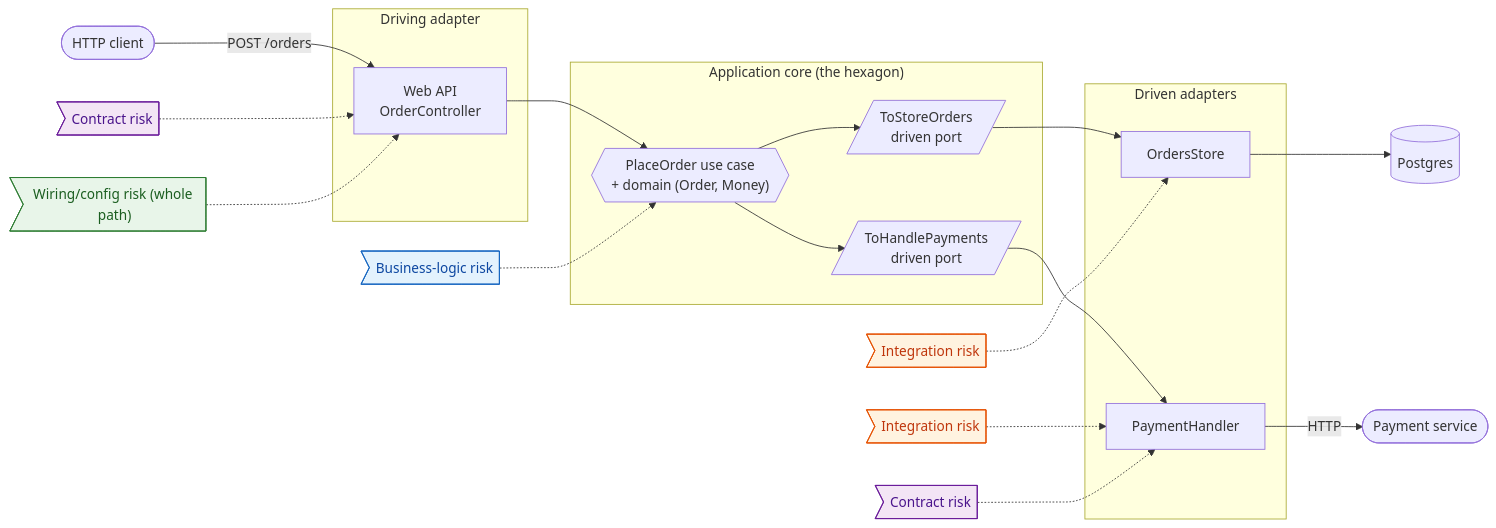
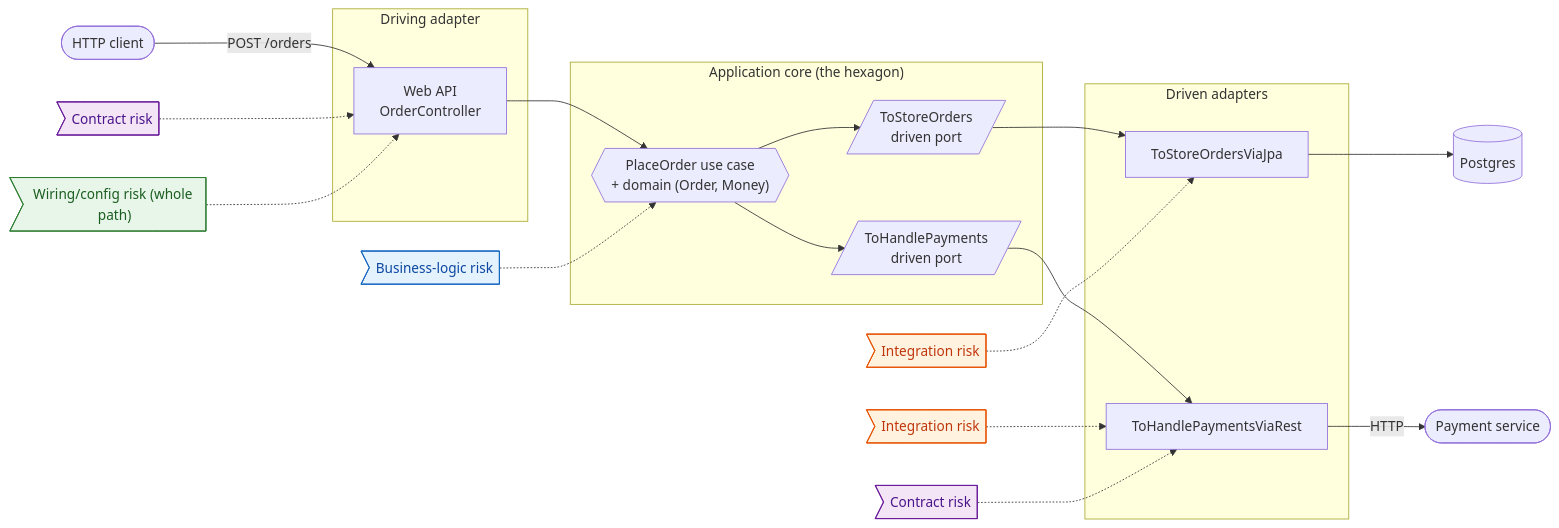
One commit to mkutz/hexagonal-testing-spring-boot changed the diagram in README.md. Above: the diagram before and after it, drawn with Mermaid. The commit also changed other lines of this file and 12 other files, not shown here.

````diff
--- a/README.md
+++ b/README.md
@@ -37,38 +37,38 @@
 ```mermaid
 flowchart LR
     client([HTTP client])
 
     subgraph driving["Driving adapter"]
         web["Web API<br/>OrderController"]
     end
 
     subgraph core["Application core (the hexagon)"]
         uc{{"PlaceOrder use case<br/>+ domain (Order, Money)"}}
         rp[/"ToStoreOrders<br/>driven port"/]
         pp[/"ToHandlePayments<br/>driven port"/]
     end
 
     subgraph driven["Driven adapters"]
-        jpa["OrdersStore"]
-        payg["PaymentHandler"]
+        jpa["ToStoreOrdersViaJpa"]
+        payg["ToHandlePaymentsViaRest"]
     end
 
     db[(Postgres)]
     ext([Payment service])
 
     client -->|POST /orders| web --> uc
     uc --> rp --> jpa --> db
     uc --> pp --> payg -->|HTTP| ext
 
     rk1>"Business-logic risk"]:::logic -.-> uc
     rk2>"Integration risk"]:::integ -.-> jpa
     rk3>"Integration risk"]:::integ -.-> payg
     rk4>"Contract risk"]:::contract -.-> web
     rk5>"Contract risk"]:::contract -.-> payg
     rk6>"Wiring/config risk (whole path)"]:::wiring -.-> web
 
     classDef logic fill:#e3f2fd,stroke:#1565c0,color:#0d47a1;
     classDef integ fill:#fff3e0,stroke:#e65100,color:#bf360c;
     classDef contract fill:#f3e5f5,stroke:#6a1b9a,color:#4a148c;
     classDef wiring fill:#e8f5e9,stroke:#2e7d32,color:#1b5e20;
 ```
````
